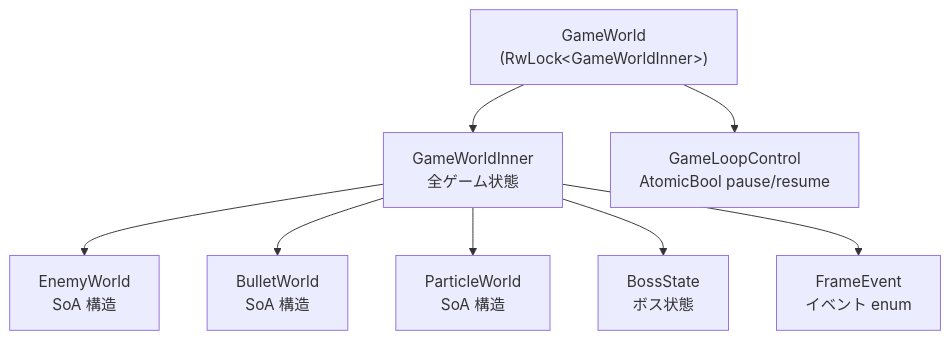
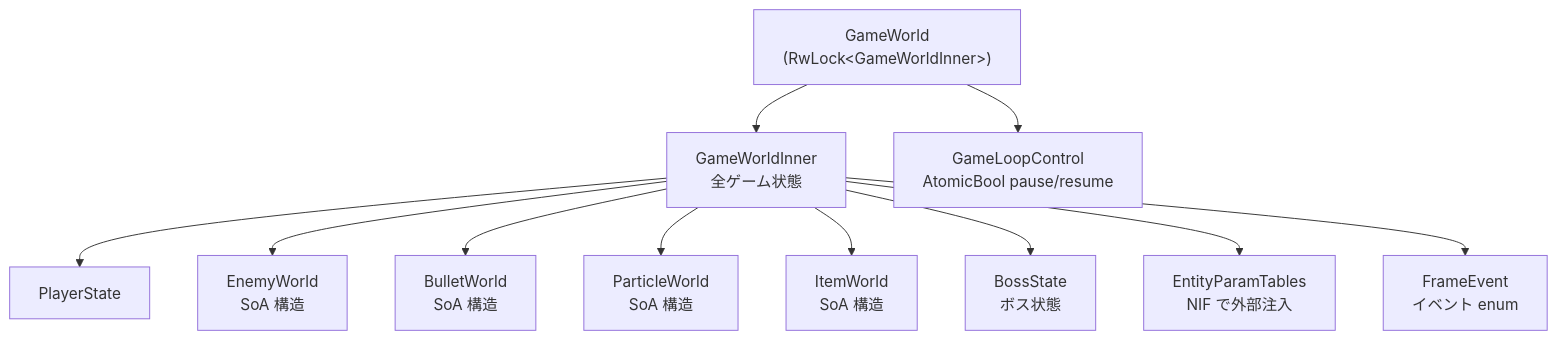
Before and after one commit to FRICK-ELDY/alchemy-engine: the third of 12 diagrams in docs/rust-layer.md, drawn with Mermaid. The commit also changed other lines of this file and 6 other files, not shown here.

````diff
--- a/docs/rust-layer.md
+++ b/docs/rust-layer.md
@@ -115,19 +149,25 @@
 ```mermaid
 graph TD
     GW["GameWorld\n(RwLock&lt;GameWorldInner&gt;)"]
     GWI[GameWorldInner<br/>全ゲーム状態]
+    PS[PlayerState]
     EW[EnemyWorld<br/>SoA 構造]
     BW[BulletWorld<br/>SoA 構造]
     PW[ParticleWorld<br/>SoA 構造]
+    IW[ItemWorld<br/>SoA 構造]
     BS[BossState<br/>ボス状態]
+    ET[EntityParamTables<br/>NIF で外部注入]
     GLC[GameLoopControl<br/>AtomicBool pause/resume]
     FE[FrameEvent<br/>イベント enum]
 
     GW --> GWI
+    GWI --> PS
     GWI --> EW
     GWI --> BW
     GWI --> PW
+    GWI --> IW
     GWI --> BS
+    GWI --> ET
     GWI --> FE
     GW --> GLC
 ```
````
